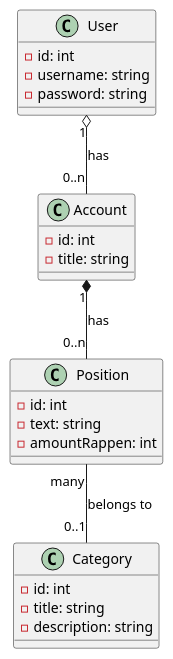
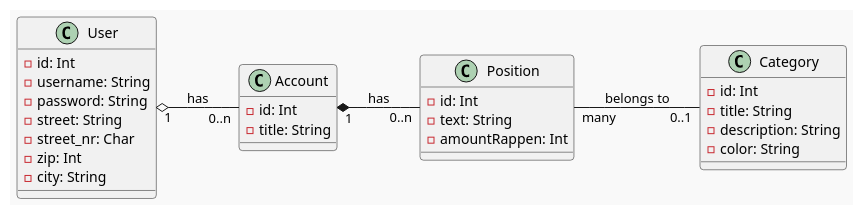
The diagram in data-model.plantuml (roob1n/finkong), drawn with PlantUML before and after one commit.

Commit message:
Updated data model

```diff
--- a/data-model.plantuml
+++ b/data-model.plantuml
@@ -1,30 +1,35 @@
 @startuml
-
+!theme mars
+left to right direction
 class User {
-  - id: int
-  - username: string
-  - password: string
+  - id: Int
+  - username: String
+  - password: String
+  - street: String
+  - street_nr: Char
+  - zip: Int
+  - city: String
 }
 
 class Account {
-  - id: int
-  - title: string
+  - id: Int
+  - title: String
 }
 
 class Position {
-  - id: int
-  - text: string
-  - amountRappen: int
+  - id: Int
+  - text: String
+  - amountRappen: Int
 }
 
 class Category {
-  - id: int
-  - title: string
-  - description: string
+  - id: Int
+  - title: String
+  - description: String
+  - color: String
 }
 
 User "1" o-- "0..n" Account : has
 Account "1" *-- "0..n" Position : has
 Position "many" -- "0..1" Category : belongs to
-
 @enduml
```
